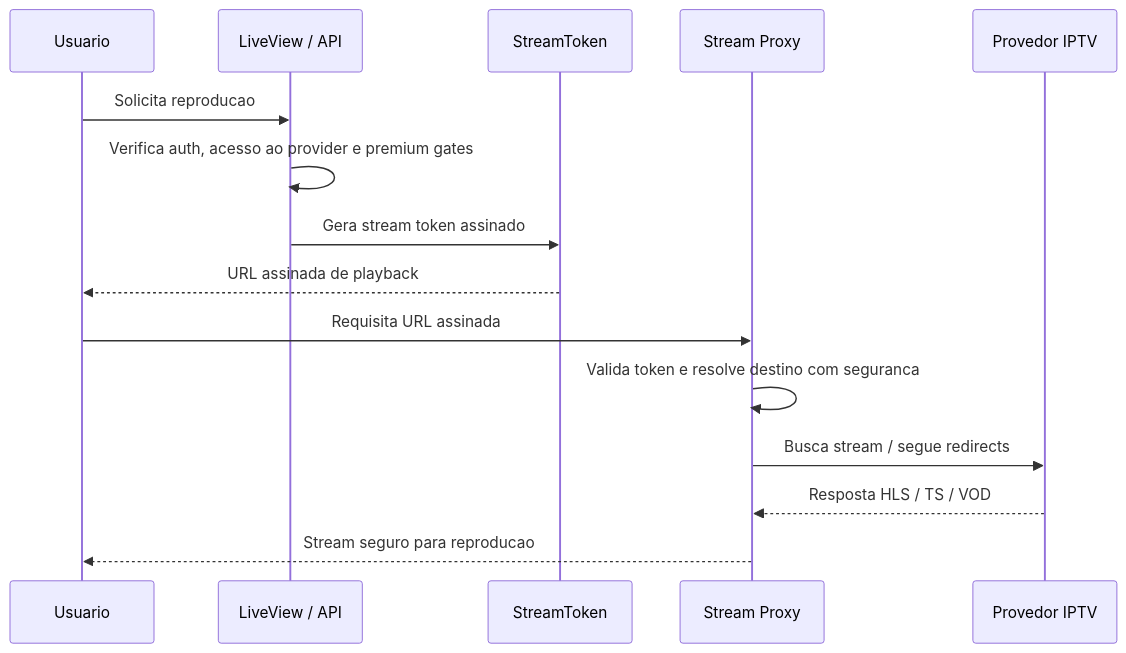
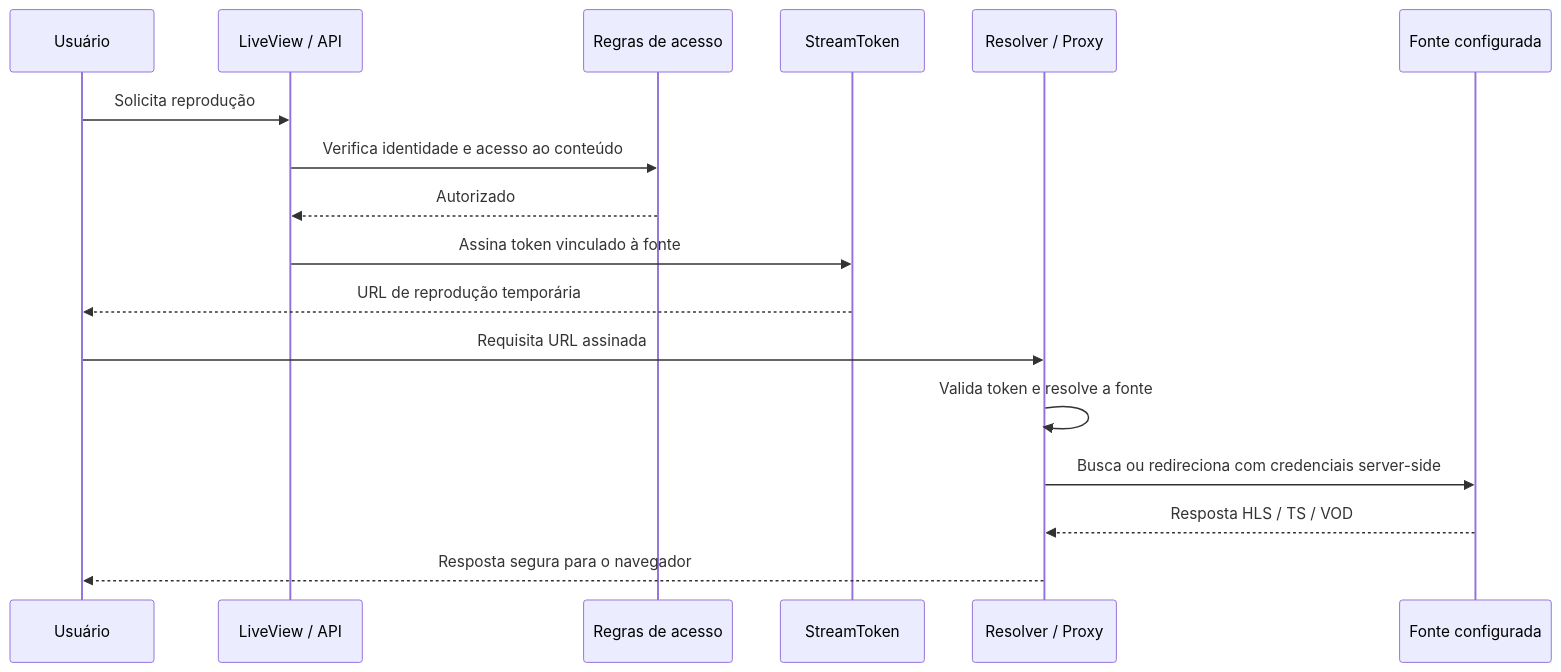
One commit to gabrielmaialva33/streamix changed the second of 2 diagrams in README.pt.md. Above: the diagram before and after it, drawn with Mermaid. The commit also changed other lines of this file and 1 other file, not shown here.

Commit message:
docs: update README with clarified features, architecture, and runtime setup instructions

````diff
--- a/README.pt.md
+++ b/README.pt.md
@@ -149,18 +181,20 @@
 ```mermaid
 sequenceDiagram
-    participant Usuario
+    participant Usuario as Usuário
     participant UI as LiveView / API
+    participant Access as Regras de acesso
     participant Token as StreamToken
-    participant Proxy as Stream Proxy
-    participant Upstream as Provedor IPTV
+    participant Gateway as Resolver / Proxy
+    participant Source as Fonte configurada
 
-    Usuario->>UI: Solicita reproducao
-    UI->>UI: Verifica auth, acesso ao provider e premium gates
-    UI->>Token: Gera stream token assinado
-    Token-->>Usuario: URL assinada de playback
-    Usuario->>Proxy: Requisita URL assinada
-    Proxy->>Proxy: Valida token e resolve destino com seguranca
-    Proxy->>Upstream: Busca stream / segue redirects
-    Upstream-->>Proxy: Resposta HLS / TS / VOD
-    Proxy-->>Usuario: Stream seguro para reproducao
+    Usuario->>UI: Solicita reprodução
+    UI->>Access: Verifica identidade e acesso ao conteúdo
+    Access-->>UI: Autorizado
+    UI->>Token: Assina token vinculado à fonte
+    Token-->>Usuario: URL de reprodução temporária
+    Usuario->>Gateway: Requisita URL assinada
+    Gateway->>Gateway: Valida token e resolve a fonte
+    Gateway->>Source: Busca ou redireciona com credenciais server-side
+    Source-->>Gateway: Resposta HLS / TS / VOD
+    Gateway-->>Usuario: Resposta segura para o navegador
 ```
````
